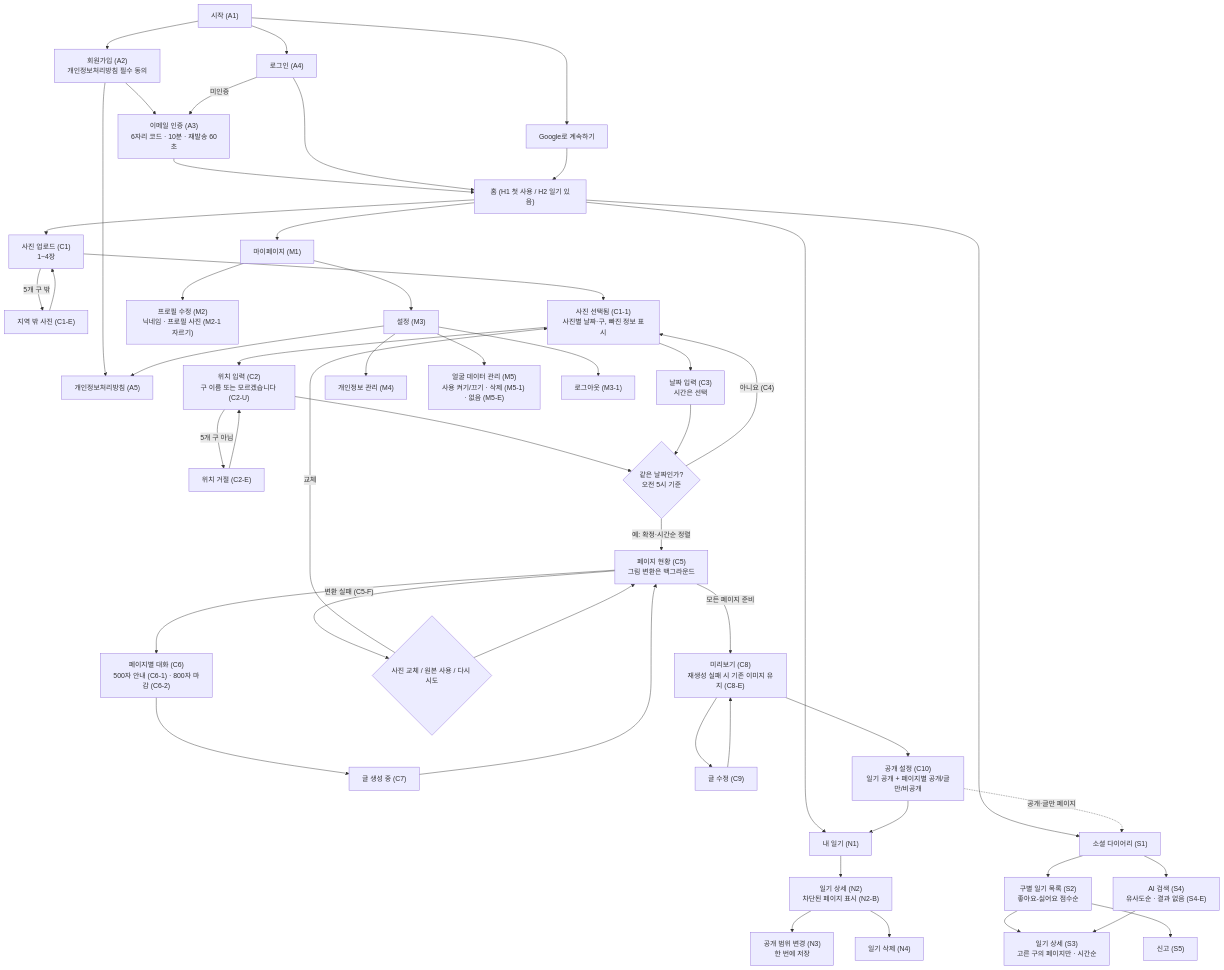
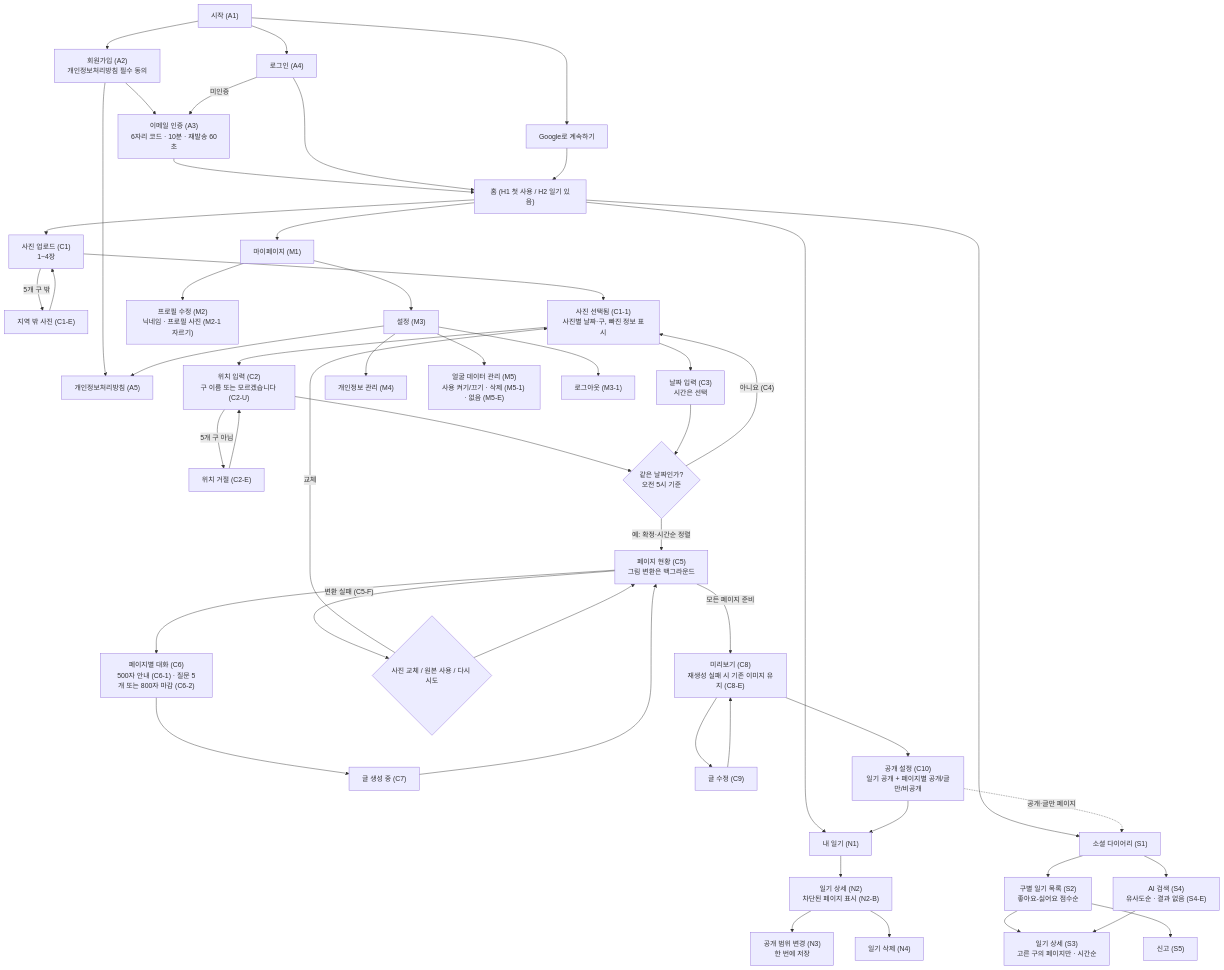
The first of 2 diagrams in .scratch/ai-diary/spec.md (Periblue4haram/AI_Creative_Hackerthon), drawn with Mermaid before and after one commit. The commit also changed other lines of this file and 3 other files, not shown here.

````diff
--- a/.scratch/ai-diary/spec.md
+++ b/.scratch/ai-diary/spec.md
@@ -23,59 +23,59 @@
 ```mermaid
 flowchart TD
 A1["시작 (A1)"] --> A2["회원가입 (A2)<br/>개인정보처리방침 필수 동의"]
 A1 --> G1["Google로 계속하기"]
 A1 --> A4["로그인 (A4)"]
 A2 --> A5["개인정보처리방침 (A5)"]
 A2 --> A3["이메일 인증 (A3)<br/>6자리 코드 · 10분 · 재발송 60초"]
 A3 --> H["홈 (H1 첫 사용 / H2 일기 있음)"]
 A4 -->|"미인증"| A3
 A4 --> H
 G1 --> H
 
 H --> C1["사진 업로드 (C1)<br/>1~4장"]
 H --> N1["내 일기 (N1)"]
 H --> S1["소셜 다이어리 (S1)"]
 H --> M1["마이페이지 (M1)"]
 
 C1 -->|"5개 구 밖"| C1E["지역 밖 사진 (C1-E)"]
 C1E --> C1
 C1 --> C11["사진 선택됨 (C1-1)<br/>사진별 날짜·구, 빠진 정보 표시"]
 C11 --> C2["위치 입력 (C2)<br/>구 이름 또는 모르겠습니다 (C2-U)"]
 C2 -->|"5개 구 아님"| C2E["위치 거절 (C2-E)"]
 C2E --> C2
 C11 --> C3["날짜 입력 (C3)<br/>시간은 선택"]
 C2 --> C4{"같은 날짜인가?<br/>오전 5시 기준"}
 C3 --> C4
 C4 -->|"아니요 (C4)"| C11
 C4 -->|"예: 확정·시간순 정렬"| C5["페이지 현황 (C5)<br/>그림 변환은 백그라운드"]
 
-C5 --> C6["페이지별 대화 (C6)<br/>500자 안내 (C6-1) · 800자 마감 (C6-2)"]
+C5 --> C6["페이지별 대화 (C6)<br/>500자 안내 (C6-1) · 질문 5개 또는 800자 마감 (C6-2)"]
 C6 --> C7["글 생성 중 (C7)"]
 C7 --> C5
 C5 -->|"변환 실패 (C5-F)"| CF{"사진 교체 / 원본 사용 / 다시 시도"}
 CF -->|교체| C11
 CF --> C5
 C5 -->|"모든 페이지 준비"| C8["미리보기 (C8)<br/>재생성 실패 시 기존 이미지 유지 (C8-E)"]
 C8 --> C9["글 수정 (C9)"]
 C9 --> C8
 C8 --> C10["공개 설정 (C10)<br/>일기 공개 + 페이지별 공개/글만/비공개"]
 C10 --> N1
 C10 -. "공개·글만 페이지" .-> S1
 
 N1 --> N2["일기 상세 (N2)<br/>차단된 페이지 표시 (N2-B)"]
 N2 --> N3["공개 범위 변경 (N3)<br/>한 번에 저장"]
 N2 --> N4["일기 삭제 (N4)"]
 
 S1 --> S2["구별 일기 목록 (S2)<br/>좋아요-싫어요 점수순"]
 S1 --> S4["AI 검색 (S4)<br/>유사도순 · 결과 없음 (S4-E)"]
 S2 --> S3["일기 상세 (S3)<br/>고른 구의 페이지만 · 시간순"]
 S4 --> S3
 S2 --> S5["신고 (S5)"]
 
 M1 --> M2["프로필 수정 (M2)<br/>닉네임 · 프로필 사진 (M2-1 자르기)"]
 M1 --> M3["설정 (M3)"]
 M3 --> M4["개인정보 관리 (M4)"]
 M3 --> M5["얼굴 데이터 관리 (M5)<br/>사용 켜기/끄기 · 삭제 (M5-1) · 없음 (M5-E)"]
 M3 --> A5
 M3 --> LO["로그아웃 (M3-1)"]
 ```
````
